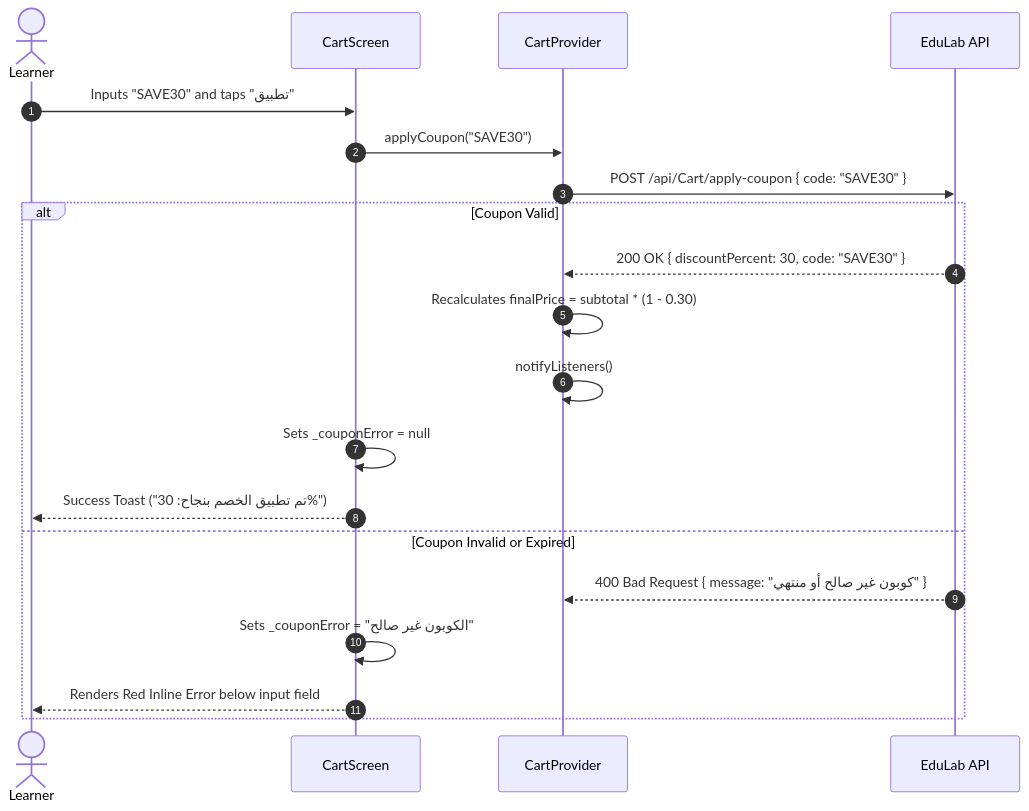
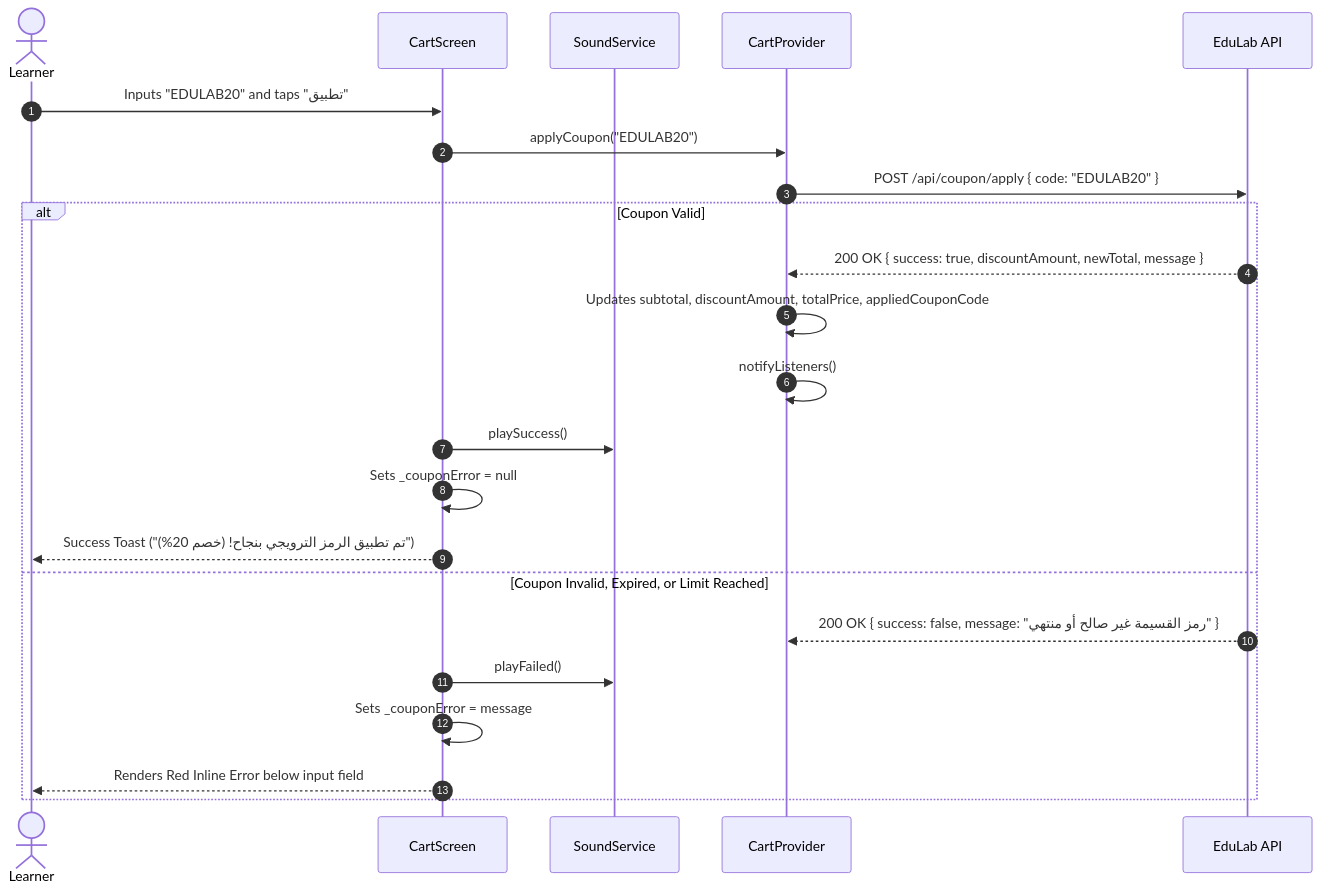
The second of 3 diagrams in Documentation/Modules/Mobile/Screens/CartScreen.md (MohamedGasser15/Education-Lab), drawn with Mermaid before and after one commit. The commit also changed 6 other files, not shown here.

````diff
--- a/Documentation/Modules/Mobile/Screens/CartScreen.md
+++ b/Documentation/Modules/Mobile/Screens/CartScreen.md
@@ -100,24 +100,27 @@
 ```mermaid
 sequenceDiagram
     autonumber
     actor User as Learner
     participant Screen as CartScreen
+    participant Audio as SoundService
     participant Cart as CartProvider
     participant Backend as EduLab API
 
-    User->>Screen: Inputs "SAVE30" and taps "تطبيق"
-    Screen->>Cart: applyCoupon("SAVE30")
-    Cart->>Backend: POST /api/Cart/apply-coupon { code: "SAVE30" }
+    User->>Screen: Inputs "EDULAB20" and taps "تطبيق"
+    Screen->>Cart: applyCoupon("EDULAB20")
+    Cart->>Backend: POST /api/coupon/apply { code: "EDULAB20" }
     
     alt Coupon Valid
-        Backend-->>Cart: 200 OK { discountPercent: 30, code: "SAVE30" }
-        Cart->>Cart: Recalculates finalPrice = subtotal * (1 - 0.30)
+        Backend-->>Cart: 200 OK { success: true, discountAmount, newTotal, message }
+        Cart->>Cart: Updates subtotal, discountAmount, totalPrice, appliedCouponCode
         Cart->>Cart: notifyListeners()
+        Screen->>Audio: playSuccess()
         Screen->>Screen: Sets _couponError = null
-        Screen-->>User: Success Toast ("تم تطبيق الخصم بنجاح: 30%")
-    else Coupon Invalid or Expired
-        Backend-->>Cart: 400 Bad Request { message: "كوبون غير صالح أو منتهي" }
-        Screen->>Screen: Sets _couponError = "الكوبون غير صالح"
+        Screen-->>User: Success Toast ("تم تطبيق الرمز الترويجي بنجاح! (خصم 20%)")
+    else Coupon Invalid, Expired, or Limit Reached
+        Backend-->>Cart: 200 OK { success: false, message: "رمز القسيمة غير صالح أو منتهي" }
+        Screen->>Audio: playFailed()
+        Screen->>Screen: Sets _couponError = message
         Screen-->>User: Renders Red Inline Error below input field
     end
 ```
````
